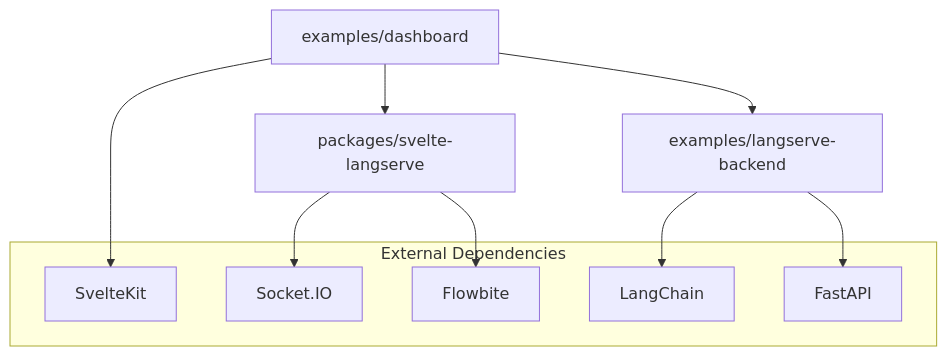
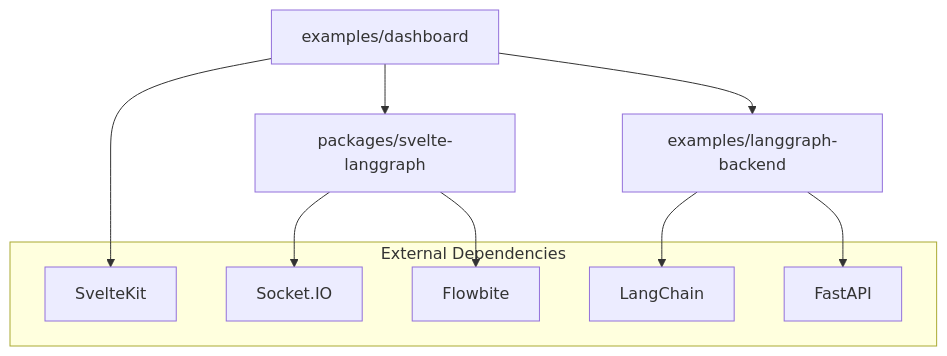
The third of 3 diagrams in docs/advanced/architecture.md (synergyai-nl/svelte-langserve), drawn with Mermaid before and after one commit. The commit also changed other lines of this file and 11 other files, not shown here.

````diff
--- a/docs/advanced/architecture.md
+++ b/docs/advanced/architecture.md
@@ -127,23 +127,23 @@
 ```mermaid
 graph TD
     Dashboard[examples/dashboard]
-    Backend[examples/langserve-backend]
-    Lib[packages/svelte-langserve]
+    Backend[examples/langgraph-backend]
+    Lib[packages/svelte-langgraph]
     
     Dashboard --> Lib
     Dashboard --> Backend
     
     subgraph "External Dependencies"
         SvelteKit[SvelteKit]
         SocketIO[Socket.IO]
         Flowbite[Flowbite]
         LangChain[LangChain]
         FastAPI[FastAPI]
     end
     
     Lib --> SocketIO
     Lib --> Flowbite
     Dashboard --> SvelteKit
     Backend --> FastAPI
     Backend --> LangChain
 ```
````
